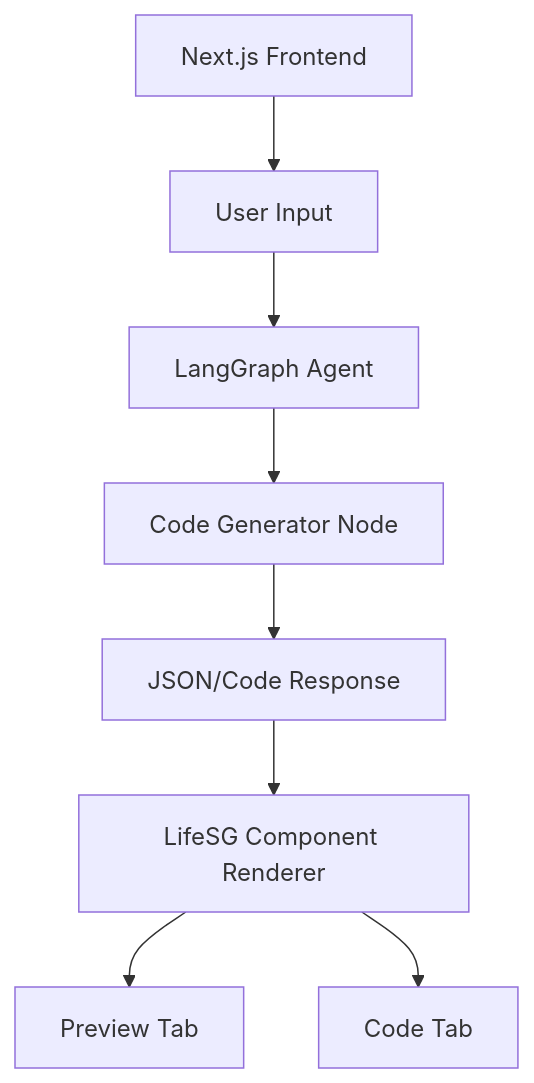
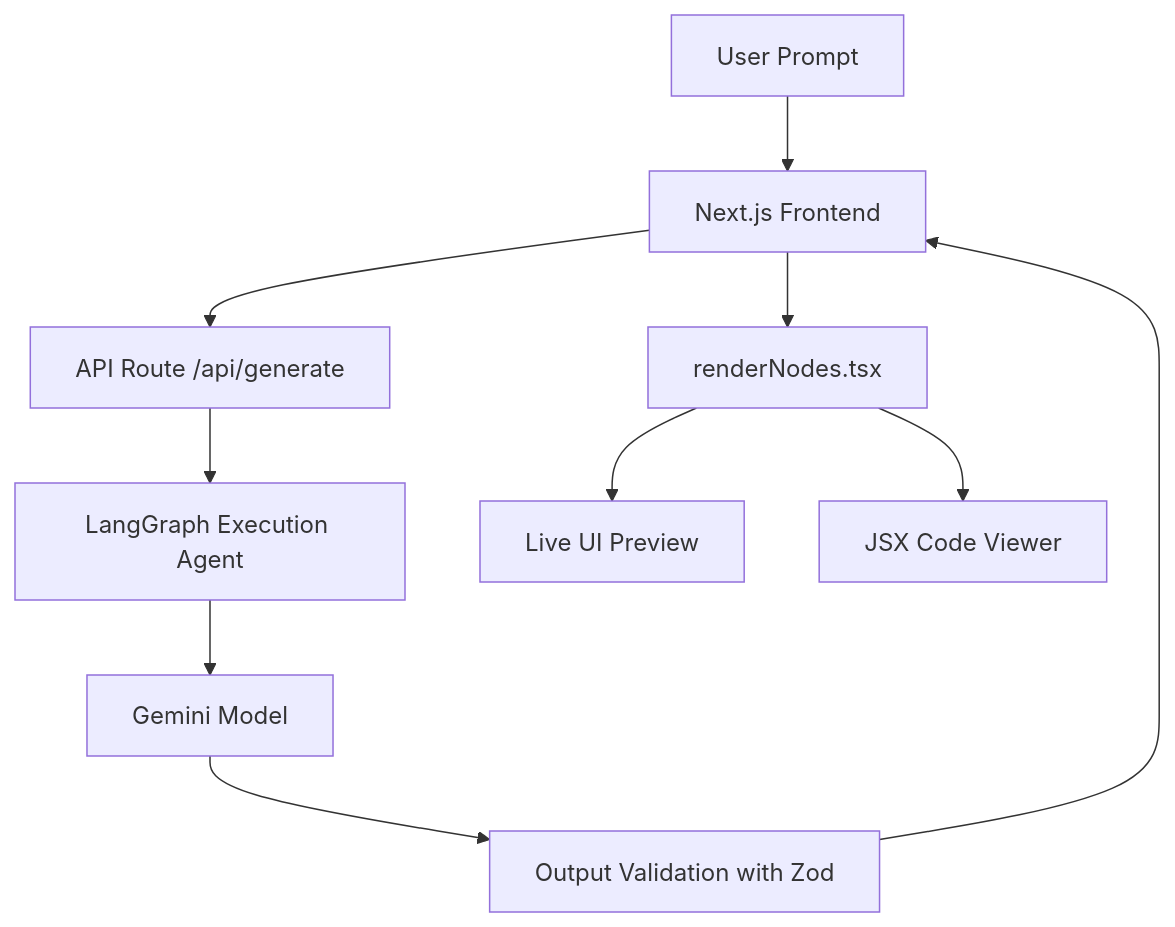
The diagram in README.md (calvinli08/life-sg-web-builder), drawn with Mermaid before and after one commit. The commit also changed other lines of this file, not shown here.

````diff
--- a/README.md
+++ b/README.md
@@ -19,10 +7,12 @@
 ```mermaid
 graph TD
-    A[Next.js Frontend] --> B[User Input]
-    B --> C[LangGraph Agent]
-    C --> D[Code Generator Node]
-    D --> E[JSON/Code Response]
-    E --> F[LifeSG Component Renderer]
-    F --> H[Preview Tab]
-    F --> I[Code Tab]
+    User[User Prompt] --> Frontend[Next.js Frontend]
+    Frontend --> API[API Route /api/generate]
+    API --> Agent[LangGraph Execution Agent]
+    Agent --> LLM[Gemini Model]
+    LLM --> Schema[Output Validation with Zod]
+    Schema --> Frontend
+    Frontend --> Renderer[renderNodes.tsx]
+    Renderer --> Preview[Live UI Preview]
+    Renderer --> Code[JSX Code Viewer]
 ```
````
